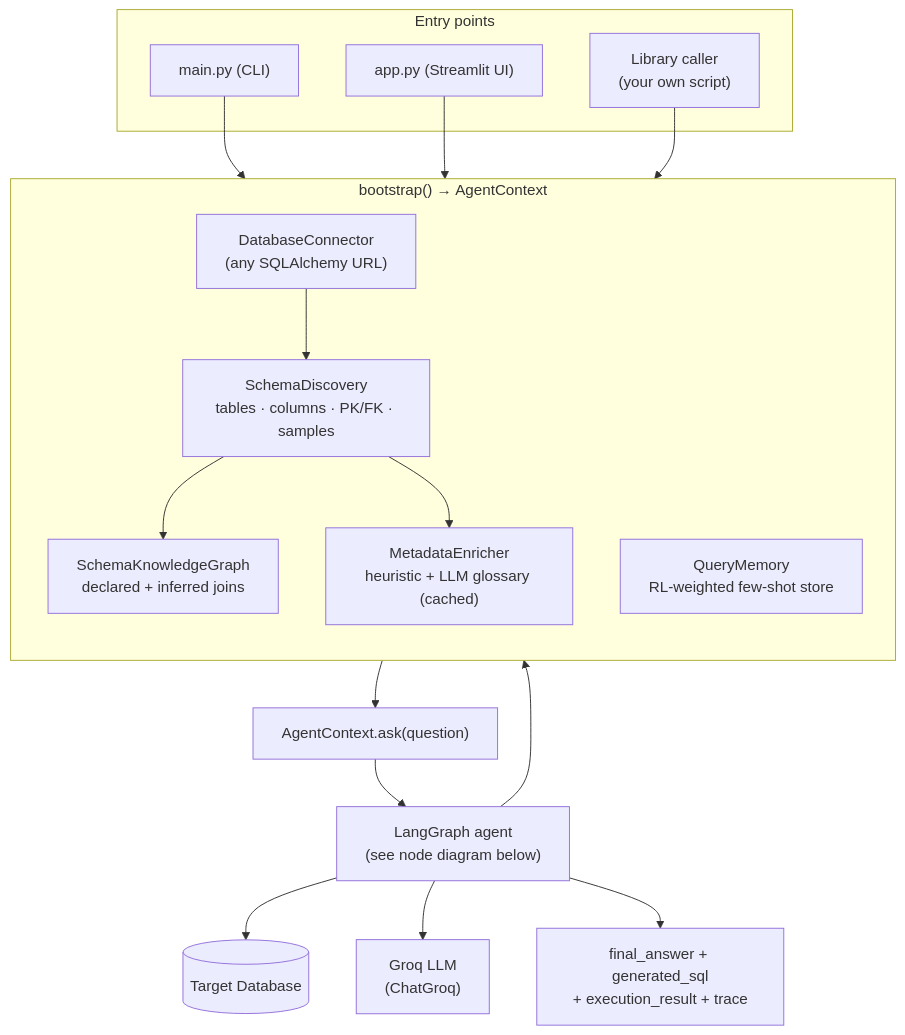
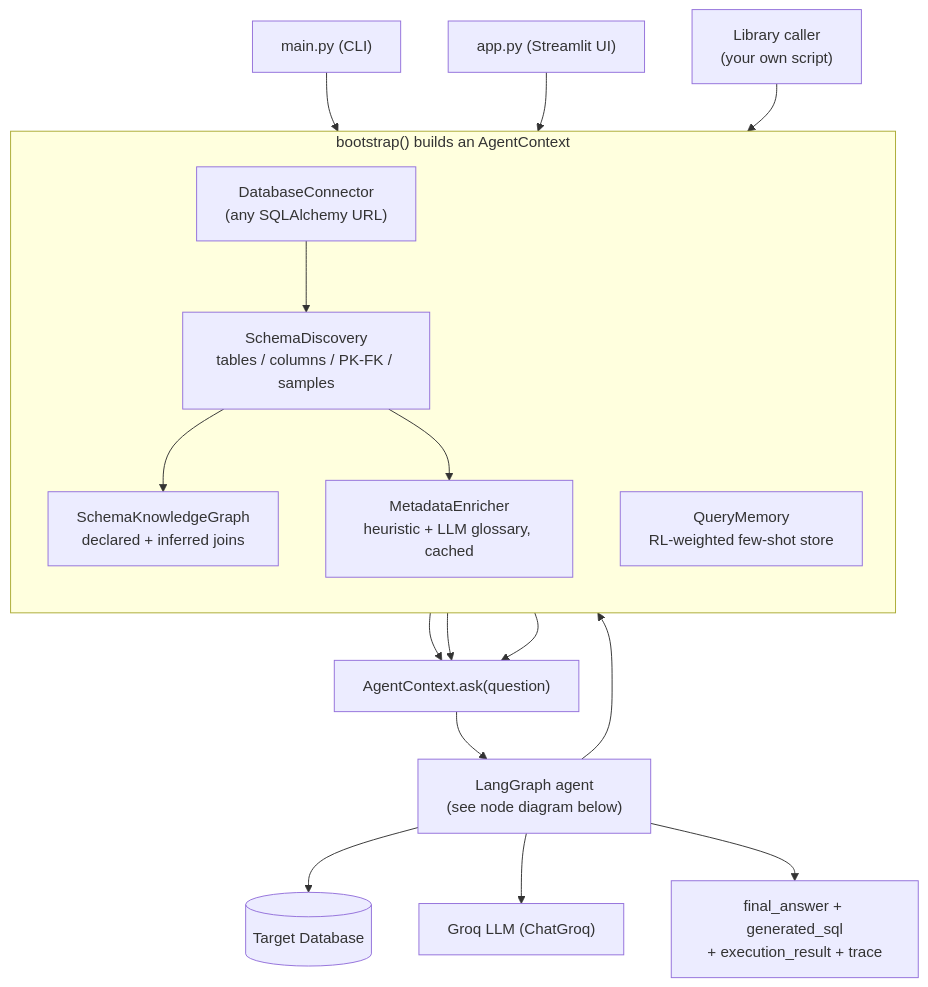
Before and after one commit to subrata-samanta/universal-text2sql: the first of 3 diagrams in README.md, drawn with Mermaid. The commit also changed other lines of this file, not shown here.

Commit message:
Fix broken Mermaid diagrams in README
Three real Mermaid parser issues, verified by rendering each diagram
through mermaid-cli locally:
- Node IDs named START/END collide with Mermaid's reserved keywords and
  break the parser; renamed to QIN/QOUT.
- Edges targeting a subgraph's own ID (rather than a node inside it)
  aren't reliably supported; rewired the bootstrap diagram so entry
  points and downstream consumers connect to actual leaf nodes.
- \n inside quoted flowchart labels doesn't render as a line break;
  switched to <br/>.

All three diagrams now render without errors via mermaid-cli.

````diff
--- a/README.md
+++ b/README.md
@@ -52,30 +52,23 @@
 ```mermaid
 flowchart TB
-    subgraph entry["Entry points"]
-        CLI["main.py (CLI)"]
-        UI["app.py (Streamlit UI)"]
-        LIB["Library caller\n(your own script)"]
+    CLI["main.py (CLI)"] --> CONN
+    UI["app.py (Streamlit UI)"] --> CONN
+    LIB["Library caller<br/>(your own script)"] --> CONN
+
+    subgraph BOOT["bootstrap() builds an AgentContext"]
+        direction TB
+        CONN["DatabaseConnector<br/>(any SQLAlchemy URL)"] --> DISC["SchemaDiscovery<br/>tables / columns / PK-FK / samples"]
+        DISC --> KG["SchemaKnowledgeGraph<br/>declared + inferred joins"]
+        DISC --> META["MetadataEnricher<br/>heuristic + LLM glossary, cached"]
+        MEM["QueryMemory<br/>RL-weighted few-shot store"]
     end
 
-    CLI --> BOOT
-    UI --> BOOT
-    LIB --> BOOT
-
-    subgraph BOOT["bootstrap() → AgentContext"]
-        direction TB
-        CONN["DatabaseConnector\n(any SQLAlchemy URL)"]
-        DISC["SchemaDiscovery\ntables · columns · PK/FK · samples"]
-        KG["SchemaKnowledgeGraph\ndeclared + inferred joins"]
-        META["MetadataEnricher\nheuristic + LLM glossary (cached)"]
-        MEM["QueryMemory\nRL-weighted few-shot store"]
-        CONN --> DISC --> KG
-        DISC --> META
-    end
-
-    BOOT --> CTX["AgentContext.ask(question)"]
-    CTX --> GRAPH["LangGraph agent\n(see node diagram below)"]
-    GRAPH --> DB[(Target Database)]
-    GRAPH --> LLM["Groq LLM\n(ChatGroq)"]
+    KG --> CTX["AgentContext.ask(question)"]
+    META --> CTX
+    MEM --> CTX
+    CTX --> GRAPH["LangGraph agent<br/>(see node diagram below)"]
+    GRAPH --> DB[("Target Database")]
+    GRAPH --> LLMBOX["Groq LLM (ChatGroq)"]
     GRAPH --> MEM
-    GRAPH --> ANSWER["final_answer + generated_sql\n+ execution_result + trace"]
+    GRAPH --> ANSWER["final_answer + generated_sql<br/>+ execution_result + trace"]
 ```
````
